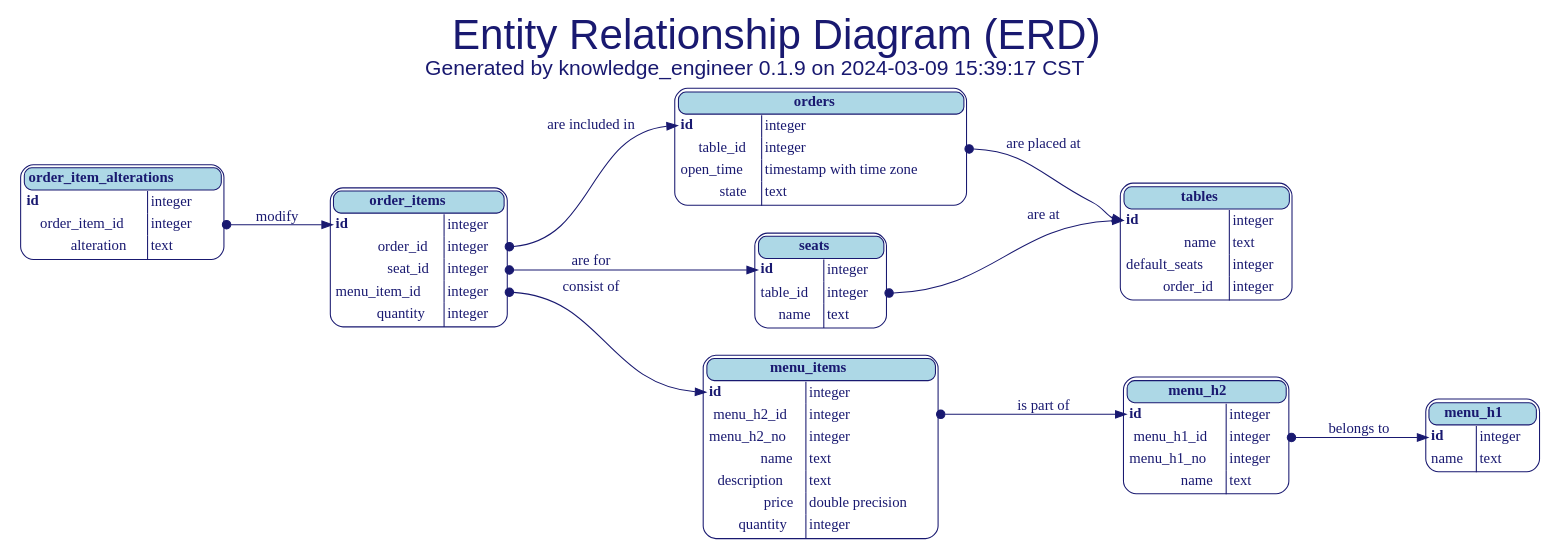
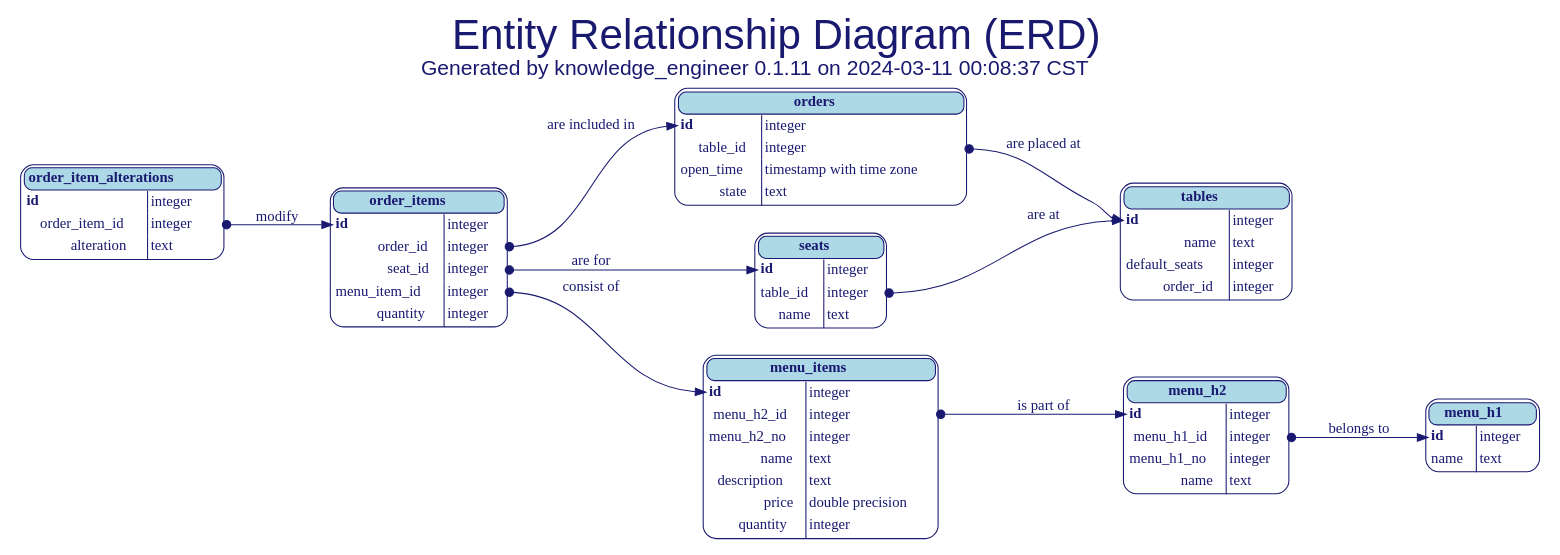
The diagram in test/rs/Logs/3- Create ERD log.md (JerryWestrick/Knowledge_Engineer), drawn with Graphviz before and after one commit. The commit also changed other lines of this file and 8 other files, not shown here.

````diff
--- a/test/rs/Logs/3- Create ERD log.md
+++ b/test/rs/Logs/3- Create ERD log.md
@@ -12,7 +10,7 @@
     graph [ rankdir = "LR" center=true labelloc="t"
             label=<
             <font color="midnightblue" FACE="arial" point-size="40" >Entity Relationship Diagram (ERD)</font>
-            <br/><font color="midnightblue" FACE="arial" point-size="20" >Generated by knowledge_engineer 0.1.9 on 2024-03-09 15:39:17 CST</font>
+            <br/><font color="midnightblue" FACE="arial" point-size="20" >Generated by knowledge_engineer 0.1.11 on 2024-03-11 00:08:37 CST</font>
           >];
 
     "menu_h1" [label=<
@@ -207,13 +205,13 @@
             </table>
     >];
 
-    menu_h2:menu_h1_id -> menu_h1:id [label="belongs to"];
-    menu_items:menu_h2_id -> menu_h2:id [label="is part of"];
-    seats:table_id -> tables:id [label="are at"];
-    orders:table_id -> tables:id [label="are placed at"];
-    order_items:order_id -> orders:id [label="are included in"];
-    order_items:seat_id -> seats:id [label="are for"];
-    order_items:menu_item_id -> menu_items:id [label="consist of"];
-    order_item_alterations:order_item_id -> order_items:id [label="modify"];
+    "menu_h2":menu_h1_id -> "menu_h1":id [label="belongs to"];
+    "menu_items":menu_h2_id -> "menu_h2":id [label="is part of"];
+    "seats":table_id -> "tables":id [label="are at"];
+    "orders":table_id -> "tables":id [label="are placed at"];
+    "order_items":order_id -> "orders":id [label="are included in"];
+    "order_items":seat_id -> "seats":id [label="are for"];
+    "order_items":menu_item_id -> "menu_items":id [label="consist of"];
+    "order_item_alterations":order_item_id -> "order_items":id [label="modify"];
 }
 ```
````
